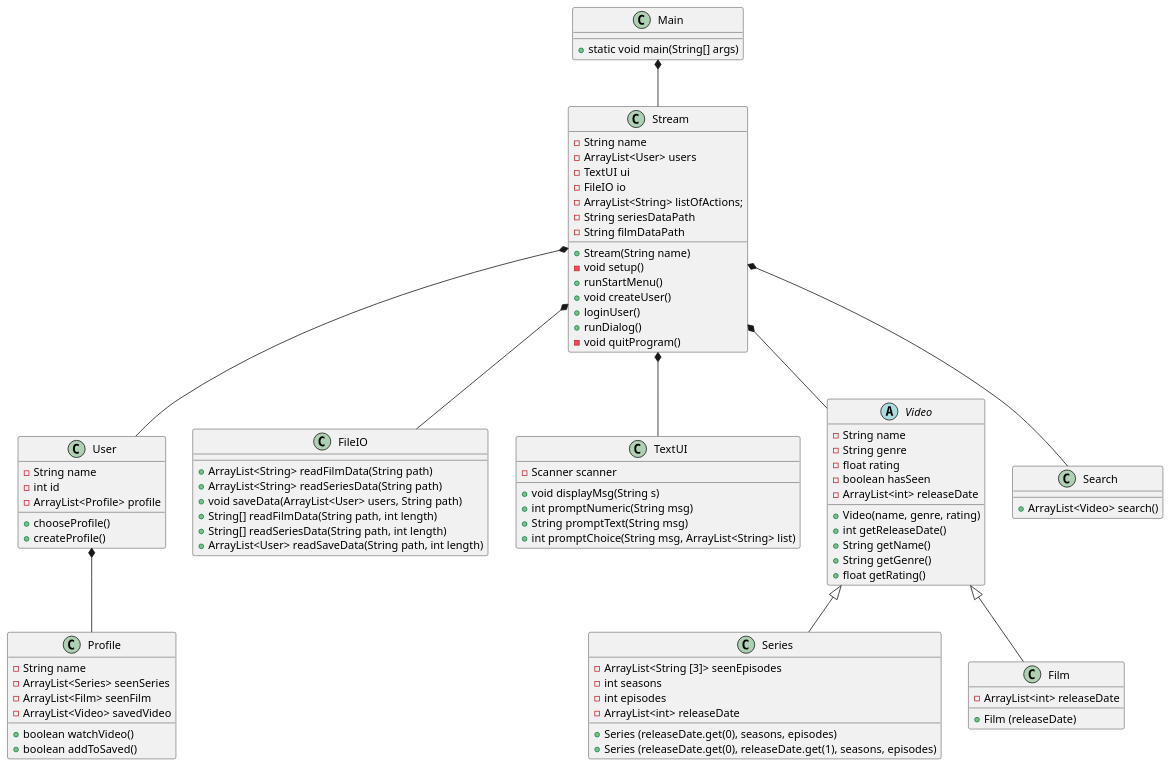
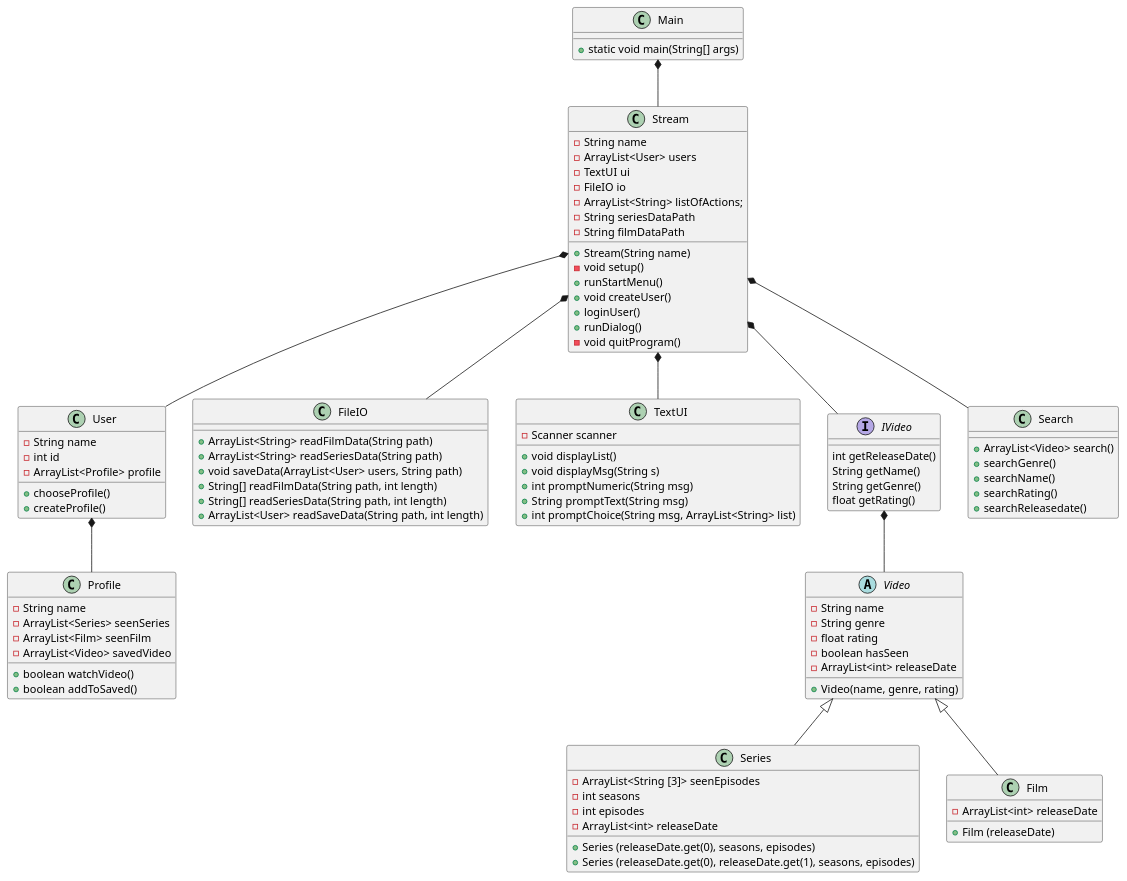
One commit to Gervig/SP3-Gruppe-C changed the diagram in doc/Plan/static/classdiagram.puml. Above: the diagram before and after it, drawn with PlantUML. The commit also changed 4 other files, not shown here.

Commit message:
Interface, klassediagram og en smule textUI

```diff
--- a/doc/Plan/static/classdiagram.puml
+++ b/doc/Plan/static/classdiagram.puml
@@ -1,118 +1,133 @@
 @startuml
 'https://plantuml.com/class-diagram
 
 class Main{
 + static void main(String[] args)
 }
 
 class Stream{
 - String name
 'utilities
 - ArrayList<User> users
 - TextUI ui
 - FileIO io
 - ArrayList<String> listOfActions;
 - String seriesDataPath
 - String filmDataPath
 'constructor
 + Stream(String name)
 'methods
 - void setup()
 ' setup er til er at læse data
 + runStartMenu()
 + void createUser()
 ' skal createUser være void? Det er den i matador
+' createUser skal vel checke om der er andre med det brugernavn
 + loginUser()
 ' skal loginUser være void?
+' den skal vel checke om der er en user med det username
 + runDialog()
 ' i runDialog kan man vælge at søge
 - void quitProgram()
 }
 
 
 class User{
 -String name
 - int id
 -ArrayList<Profile> profile
 + chooseProfile()
 + createProfile()
+' skal den checke om den user har en profil med det brugernavn?
 }
 
 class Profile{
 - String name
 - ArrayList<Series> seenSeries
 - ArrayList<Film> seenFilm
 - ArrayList<Video> savedVideo
 + boolean watchVideo()
 + boolean addToSaved()
+'bør disse være under IVideo eller video i stedet?
 
 }
 class FileIO{
 + ArrayList<String> readFilmData(String path)
 + ArrayList<String> readSeriesData(String path)
 + void saveData(ArrayList<User> users, String path)
 + String[] readFilmData(String path, int length)
 + String[] readSeriesData(String path, int length)
 + ArrayList<User> readSaveData(String path, int length)
 }
 
 class TextUI{
 - Scanner scanner
++ void displayList()
 + void displayMsg(String s)
 + int promptNumeric(String msg)
 + String promptText(String msg)
 + int promptChoice(String msg, ArrayList<String> list)
+}
+
+interface IVideo {
+int getReleaseDate()
+String getName()
+String getGenre()
+float getRating()
 }
 
 abstract Class Video{
 - String name
 - String genre
 - float rating
 - boolean hasSeen
 - ArrayList<int> releaseDate
 'constructor
 + Video(name, genre, rating)
-'methods
-+ int getReleaseDate()
-+ String getName()
-+ String getGenre()
-+ float getRating()
 }
 
 class Series{
 - ArrayList<String [3]> seenEpisodes
 - int seasons
 - int episodes
 - ArrayList<int> releaseDate
 'constructor - hvis serien ikke er slut
 + Series (releaseDate.get(0), seasons, episodes)
 'constructor - hvis serien er afsluttet
 + Series (releaseDate.get(0), releaseDate.get(1), seasons, episodes)
 }
 
 class Film {
 - ArrayList<int> releaseDate
 'constructor
 + Film (releaseDate)
 }
 
 
 class Search{
 + ArrayList<Video> search()
+'methods til de forskellige søgemuligheder
+' Skal disse returnere objekterne fra video?
++ searchGenre()
++ searchName()
++ searchRating()
++ searchReleasedate()
+'skal vi have funktioner der kun søger blandt serier og film adskilt?
 }
 
+IVideo *-- Video
 
 Video <|-- Series
 Video <|-- Film
 
 User *-- Profile
 
 Main *-- Stream
 
 Stream *-- User
 Stream *-- FileIO
 Stream *-- TextUI
-Stream *-- Video
+Stream *-- IVideo
 Stream *-- Search
 
 @enduml
```
